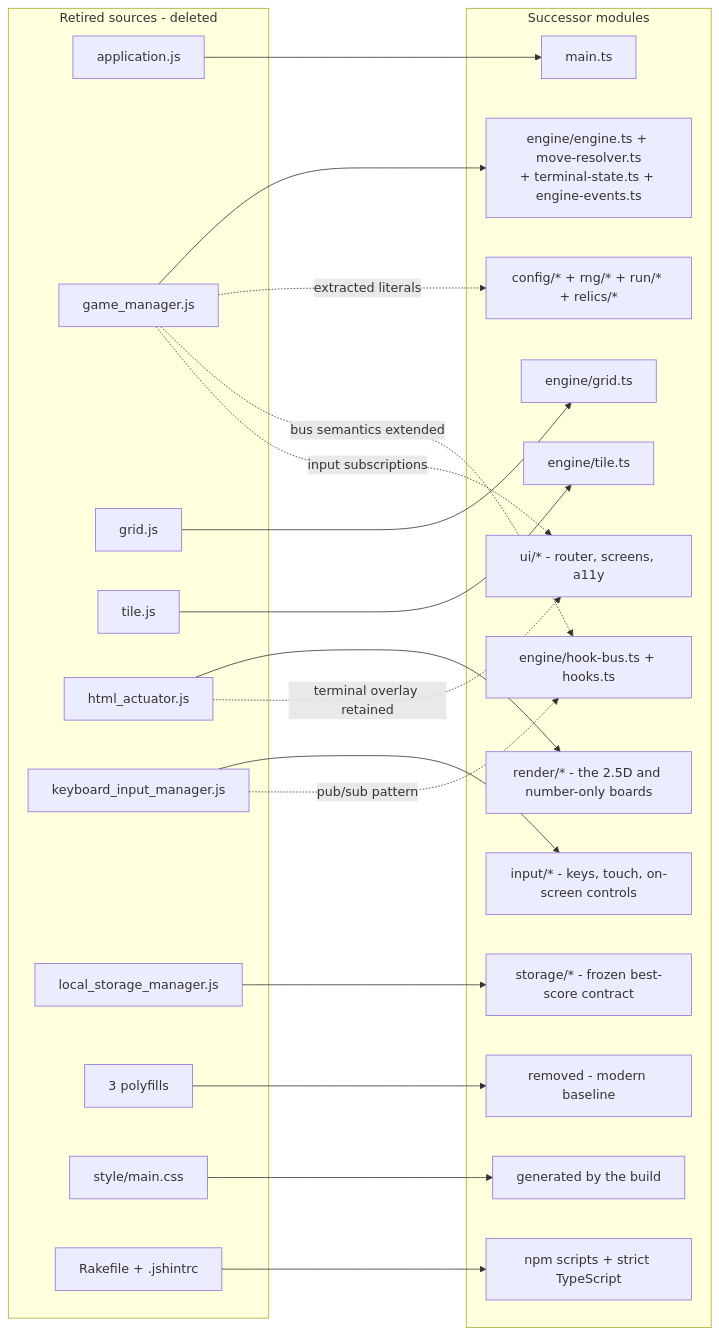
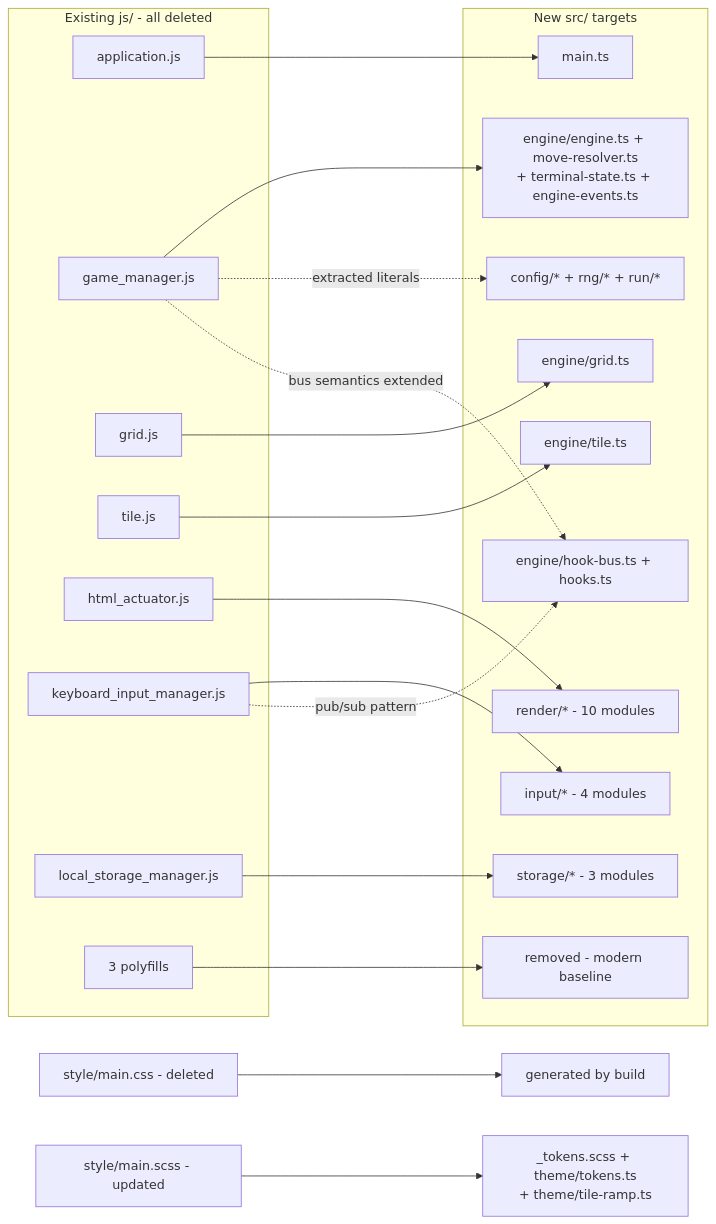
The diagram in docs/TRACEABILITY_MATRIX.md (blitzy-public-samples/2048), drawn with Mermaid before and after one commit. The commit also changed other lines of this file and 16 other files, not shown here.

````diff
--- a/docs/TRACEABILITY_MATRIX.md
+++ b/docs/TRACEABILITY_MATRIX.md
@@ -31,45 +43,41 @@
 ```mermaid
 graph LR
-    subgraph Retired["Retired sources - deleted"]
+    subgraph Before["Existing js/ - all deleted"]
         A1["application.js"]
         A2["game_manager.js"]
         A3["grid.js"]
         A4["tile.js"]
         A5["html_actuator.js"]
         A6["keyboard_input_manager.js"]
         A7["local_storage_manager.js"]
         A8["3 polyfills"]
-        A9["style/main.css"]
-        A10["Rakefile + .jshintrc"]
     end
-    subgraph Carried["Successor modules"]
+    subgraph After["New src/ targets"]
         B1["main.ts"]
         B2["engine/engine.ts + move-resolver.ts<br/>+ terminal-state.ts + engine-events.ts"]
         B3["engine/grid.ts"]
         B4["engine/tile.ts"]
-        B5["render/* - the 2.5D and number-only boards"]
-        B6["input/* - keys, touch, on-screen controls"]
-        B7["storage/* - frozen best-score contract"]
+        B5["render/* - 10 modules"]
+        B6["input/* - 4 modules"]
+        B7["storage/* - 3 modules"]
         B8["removed - modern baseline"]
-        B9["generated by the build"]
-        B10["npm scripts + strict TypeScript"]
-        B11["engine/hook-bus.ts + hooks.ts"]
-        B12["config/* + rng/* + run/* + relics/*"]
-        B13["ui/* - router, screens, a11y"]
+        B9["engine/hook-bus.ts + hooks.ts"]
+        B10["config/* + rng/* + run/*"]
     end
     A1 --> B1
     A2 --> B2
-    A2 -.->|"extracted literals"| B12
-    A2 -.->|"bus semantics extended"| B11
-    A2 -.->|"input subscriptions"| B13
+    A2 -.->|"extracted literals"| B10
+    A2 -.->|"bus semantics extended"| B9
     A3 --> B3
     A4 --> B4
     A5 --> B5
-    A5 -.->|"terminal overlay retained"| B13
     A6 --> B6
-    A6 -.->|"pub/sub pattern"| B11
+    A6 -.->|"pub/sub pattern"| B9
     A7 --> B7
     A8 --> B8
-    A9 --> B9
-    A10 --> B10
+    STYLE1["style/main.css - deleted"] --> STYLE2["generated by build"]
+    STYLE3["style/main.scss - updated"] --> STYLE4["_tokens.scss + theme/tokens.ts<br/>+ theme/tile-ramp.ts"]
+%% Legend
+%% Solid arrow: primary one-to-one or one-to-many port target
+%% Dotted arrow: pattern or value extracted into a different module
 ```
````
